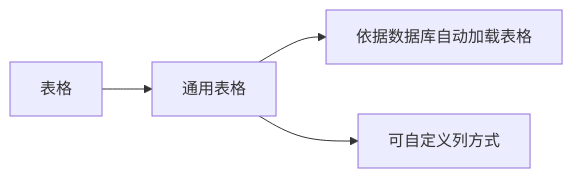
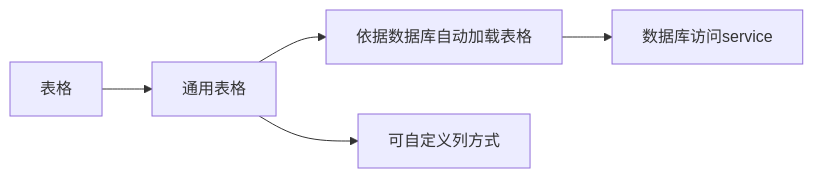
Before and after one commit to chiefzzs/myFirst: the first of 2 diagrams in readme/table.md, drawn with Mermaid. The commit also changed other lines of this file and 3 other files, not shown here.

````diff
--- a/readme/table.md
+++ b/readme/table.md
@@ -6,12 +6,14 @@
 ```mermaid
 
 graph LR
  a[表格]
  b[通用表格]
  c[依据数据库自动加载表格]
+ c.1[数据库访问service]
  d[可自定义列方式]
  a-->b
  b-->c
+ c-->c.1
  b-->d
 
 ```
````
